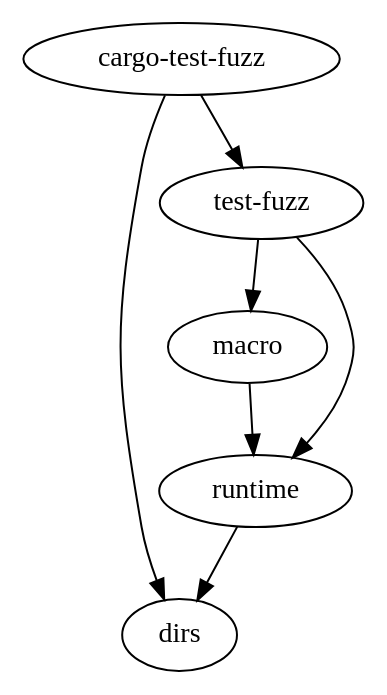
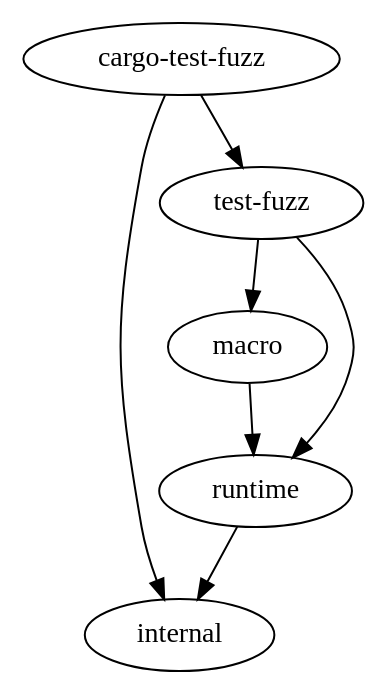
One commit to trailofbits/test-fuzz changed the diagram in doc/crates.dot. Above: the diagram before and after it, drawn with Graphviz. The commit also changed 27 other files, not shown here.

```diff
--- a/doc/crates.dot
+++ b/doc/crates.dot
@@ -1,8 +1,8 @@
 digraph {
-    "cargo-test-fuzz" -> "dirs"
+    "cargo-test-fuzz" -> "internal"
     "cargo-test-fuzz" -> "test-fuzz"
     "macro" -> "runtime"
-    "runtime" -> "dirs"
+    "runtime" -> "internal"
     "test-fuzz" -> "runtime"
     "test-fuzz" -> "macro"
 }
```
